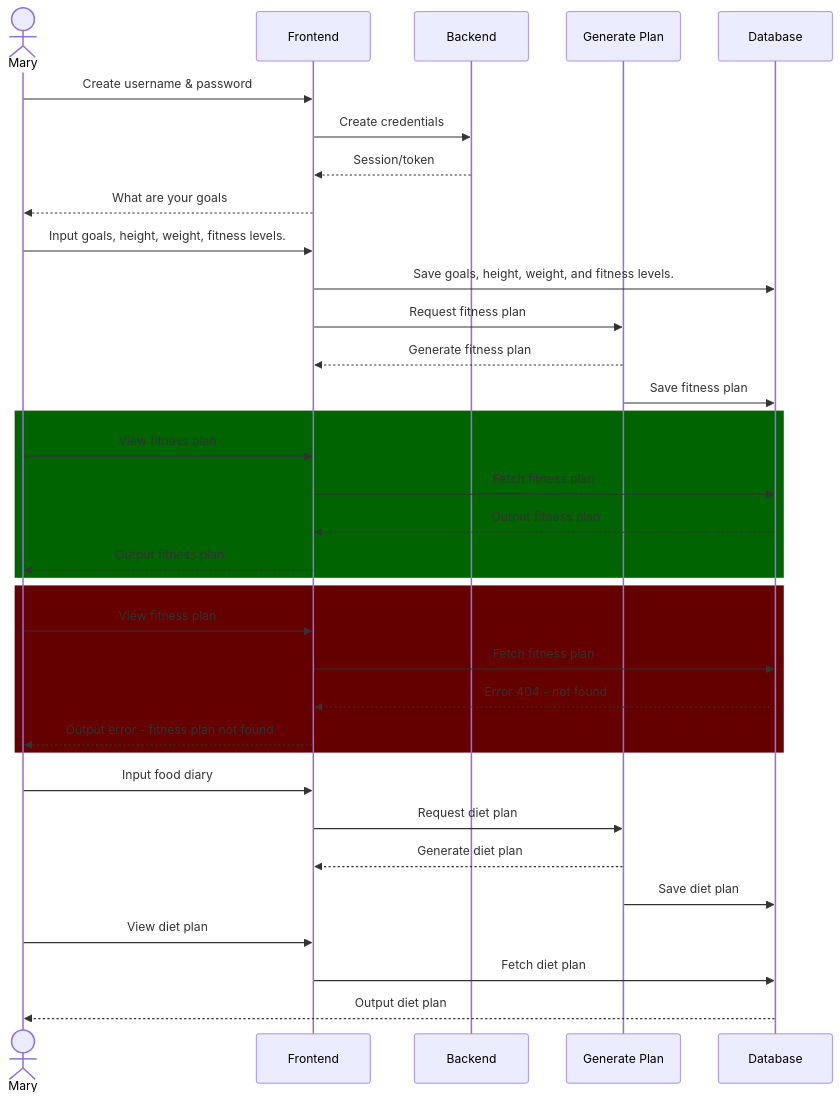
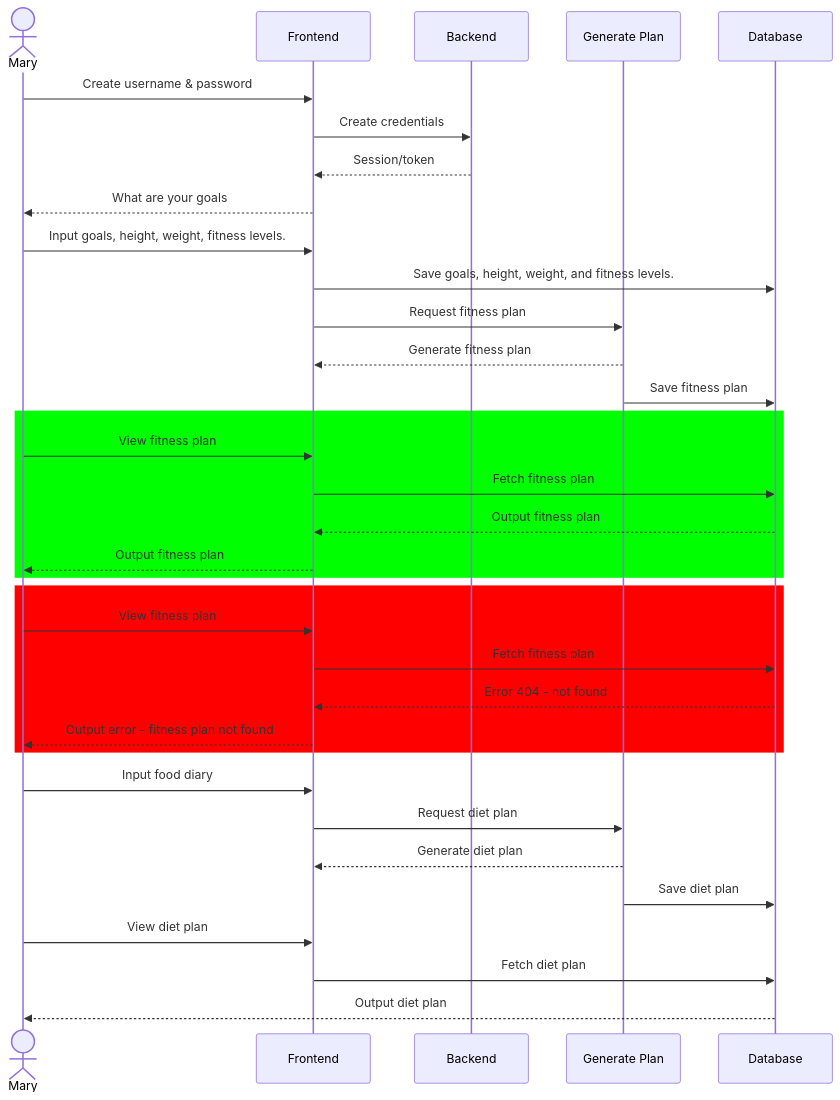
Before and after one commit to Bosco-13/cmp5012b-team: the first of 3 diagrams in docs/sequence-diagrams.md, drawn with Mermaid. The commit also changed other lines of this file, not shown here.

````diff
--- a/docs/sequence-diagrams.md
+++ b/docs/sequence-diagrams.md
@@ -2,42 +2,42 @@
 ``` mermaid
 sequenceDiagram
     actor Mary
     Participant Frontend
     Participant Backend
     Participant Generate Plan
     Participant Database
 
 
     Mary->>Frontend:  Create username & password
     Frontend->>Backend: Create credentials
     Backend-->>Frontend: Session/token
     Frontend-->>Mary: What are your goals
     Mary->>Frontend: Input goals, height, weight, fitness levels.
     Frontend->>Database: Save goals, height, weight, and fitness levels.
     Frontend->>Generate Plan: Request fitness plan
     Generate Plan-->>Frontend: Generate fitness plan
     Generate Plan->>Database: Save fitness plan
 
-    rect rgb(0,100,0)
+    rect rgb(0,255,0)
     Mary->>Frontend: View fitness plan
     Frontend->>Database:Fetch fitness plan
     Database-->>Frontend: Output fitness plan
     Frontend-->>Mary: Output fitness plan
     end
 
-    rect rgb(100,0,0)
+    rect rgb(255,0,0)
     Mary->>Frontend:View fitness plan
     Frontend->>Database:Fetch fitness plan
     Database-->>Frontend: Error 404 - not found
     Frontend-->>Mary: Output error - fitness plan not found
     end
 
     Mary->>Frontend: Input food diary
     Frontend->>Generate Plan: Request diet plan
     Generate Plan-->>Frontend: Generate diet plan
     Generate Plan->>Database: Save diet plan
     Mary->>Frontend: View diet plan
     Frontend->>Database: Fetch diet plan
     Database-->>Mary: Output diet plan
     
 ```
````
